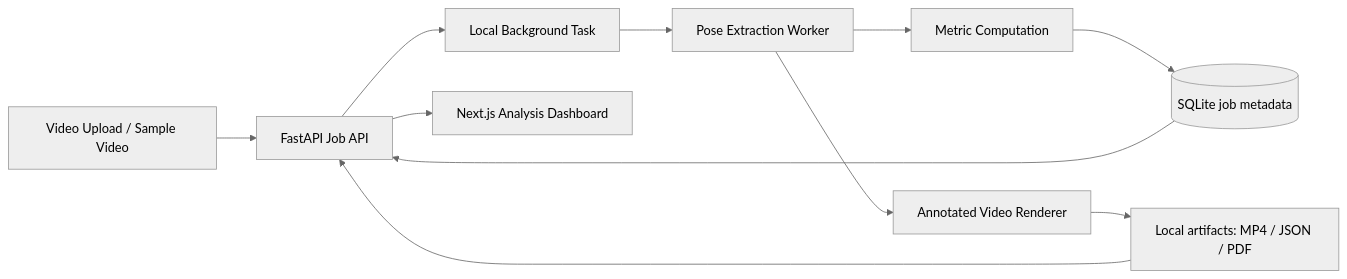
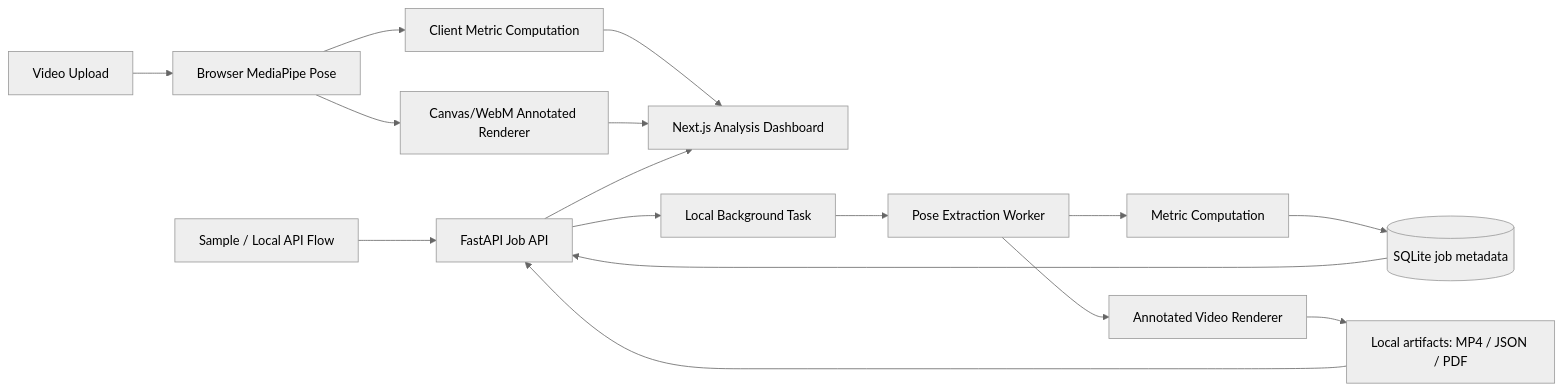
One commit to SuvenSeo/sprintform-ai changed the diagram in README.md. Above: the diagram before and after it, drawn with Mermaid (neutral theme). The commit also changed other lines of this file and 25 other files, not shown here.

Commit message:
feat: add real browser pose upload analysis

````diff
--- a/README.md
+++ b/README.md
@@ -25,13 +26,18 @@
 ```mermaid
 flowchart LR
-    U["Video Upload / Sample Video"] --> API["FastAPI Job API"]
+    U["Video Upload"] --> BP["Browser MediaPipe Pose"]
+    BP --> BM["Client Metric Computation"]
+    BP --> BV["Canvas/WebM Annotated Renderer"]
+    BM --> UI["Next.js Analysis Dashboard"]
+    BV --> UI
+    S["Sample / Local API Flow"] --> API["FastAPI Job API"]
     API --> Q["Local Background Task"]
     Q --> P["Pose Extraction Worker"]
     P --> M["Metric Computation"]
     P --> V["Annotated Video Renderer"]
     M --> DB[("SQLite job metadata")]
     V --> FS["Local artifacts: MP4 / JSON / PDF"]
     DB --> API
     FS --> API
     API --> UI["Next.js Analysis Dashboard"]
 ```
````
